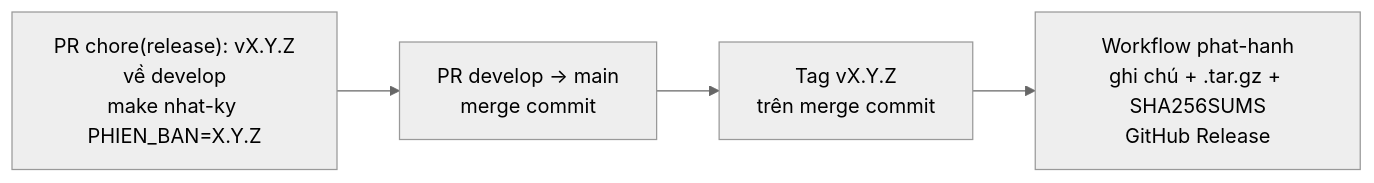
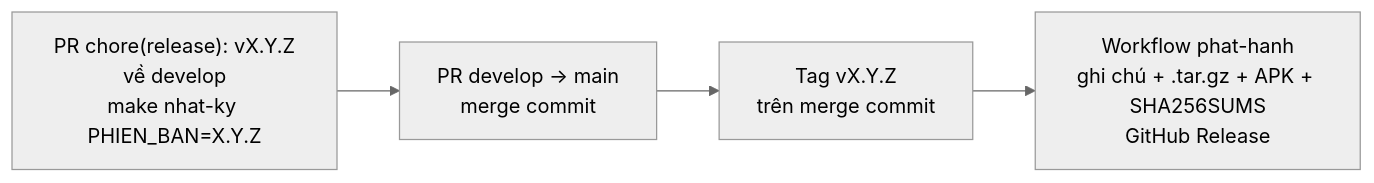
Before and after one commit to commune-dxos/commune-dxos: the second of 2 diagrams in docs/quy-trinh-lam-viec.md, drawn with Mermaid (neutral theme). The commit also changed other lines of this file and 11 other files, not shown here.

````diff
--- a/docs/quy-trinh-lam-viec.md
+++ b/docs/quy-trinh-lam-viec.md
@@ -142,6 +142,6 @@
 ```mermaid
 flowchart LR
     A["PR chore(release): vX.Y.Z<br/>về develop<br/>make nhat-ky PHIEN_BAN=X.Y.Z"] --> B["PR develop → main<br/>merge commit"]
     B --> C["Tag vX.Y.Z<br/>trên merge commit"]
-    C --> D["Workflow phat-hanh<br/>ghi chú + .tar.gz + SHA256SUMS<br/>GitHub Release"]
+    C --> D["Workflow phat-hanh<br/>ghi chú + .tar.gz + APK + SHA256SUMS<br/>GitHub Release"]
 ```
````
